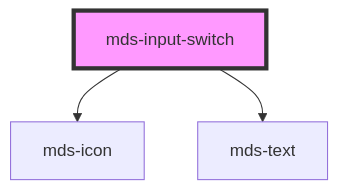
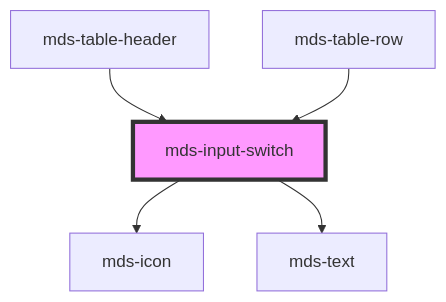
One commit to magma-design-system/magma changed the diagram in projects/stencil/src/components/mds-input-switch/readme.md. Above: the diagram before and after it, drawn with Mermaid. The commit also changed other lines of this file and 11 other files, not shown here.

Commit message:
feat(mds-table): add more accessibility to mds-table-row checkbox

````diff
--- a/projects/stencil/src/components/mds-input-switch/readme.md
+++ b/projects/stencil/src/components/mds-input-switch/readme.md
@@ -79,6 +84,8 @@
 ```mermaid
 graph TD;
   mds-input-switch --> mds-icon
   mds-input-switch --> mds-text
+  mds-table-header --> mds-input-switch
+  mds-table-row --> mds-input-switch
   style mds-input-switch fill:#f9f,stroke:#333,stroke-width:4px
 ```
````
